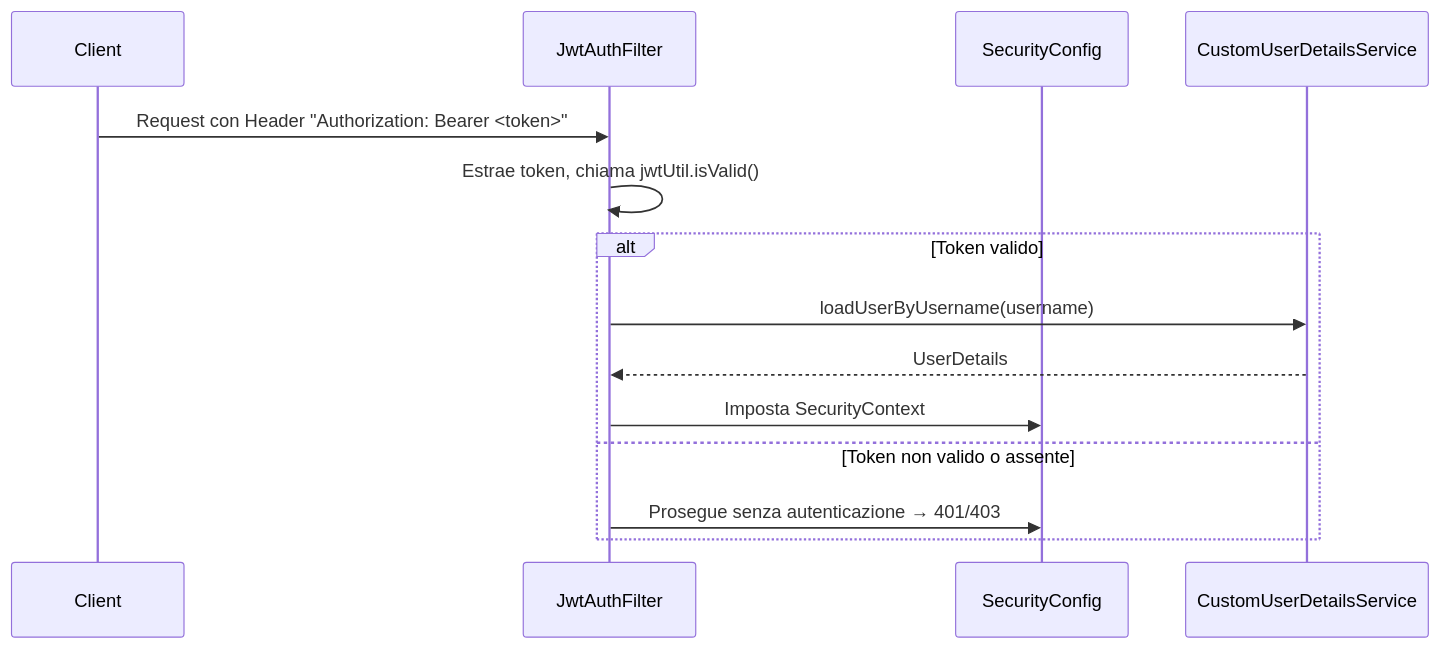
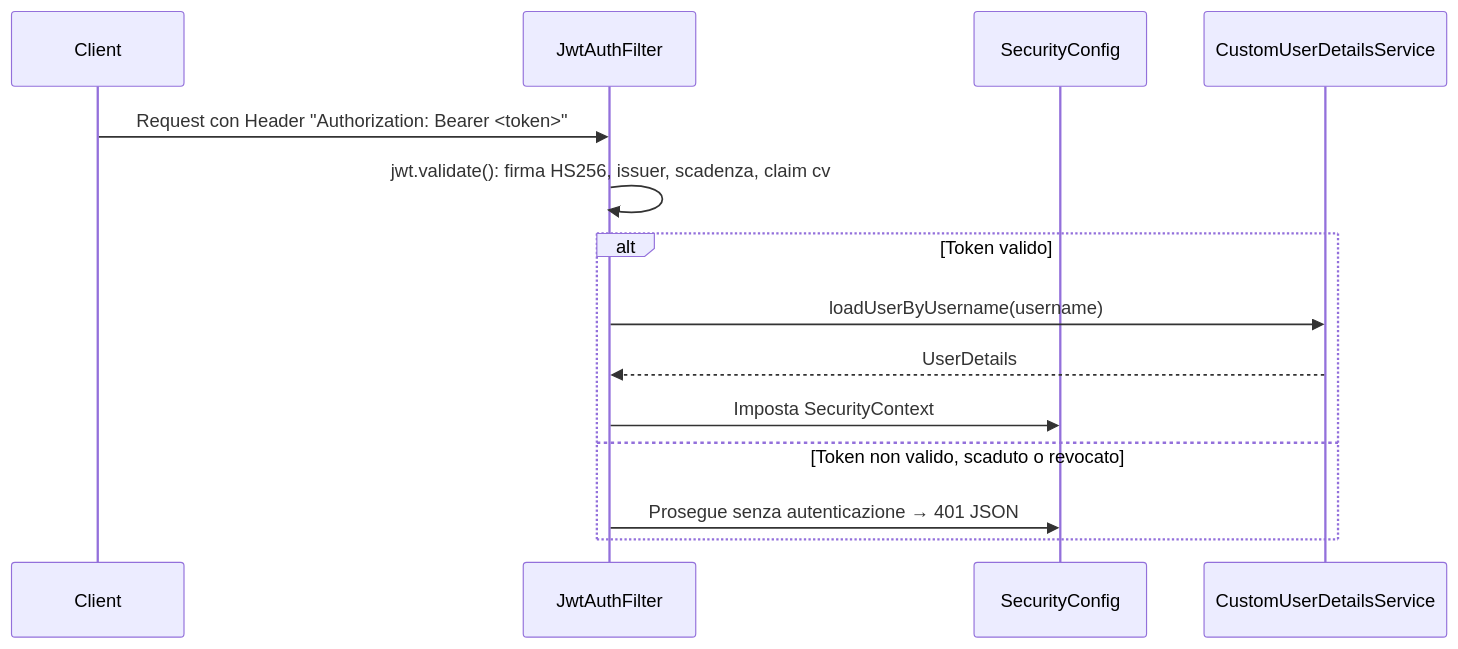
The second of 3 diagrams in docs/architecture.md (lorisdemicheli/minecraft-controller), drawn with Mermaid before and after one commit. The commit also changed other lines of this file and 188 other files, not shown here.

````diff
--- a/docs/architecture.md
+++ b/docs/architecture.md
@@ -120,17 +168,17 @@
 ```mermaid
 sequenceDiagram
     participant C as Client
     participant AF as JwtAuthFilter
     participant SC as SecurityConfig
     participant CS as CustomUserDetailsService
 
     C->>AF: Request con Header "Authorization: Bearer <token>"
-    AF->>AF: Estrae token, chiama jwtUtil.isValid()
+    AF->>AF: jwt.validate(): firma HS256, issuer, scadenza, claim cv
     alt Token valido
         AF->>CS: loadUserByUsername(username)
         CS-->>AF: UserDetails
         AF->>SC: Imposta SecurityContext
-    else Token non valido o assente
-        AF->>SC: Prosegue senza autenticazione → 401/403
+    else Token non valido, scaduto o revocato
+        AF->>SC: Prosegue senza autenticazione → 401 JSON
     end
 ```
````
